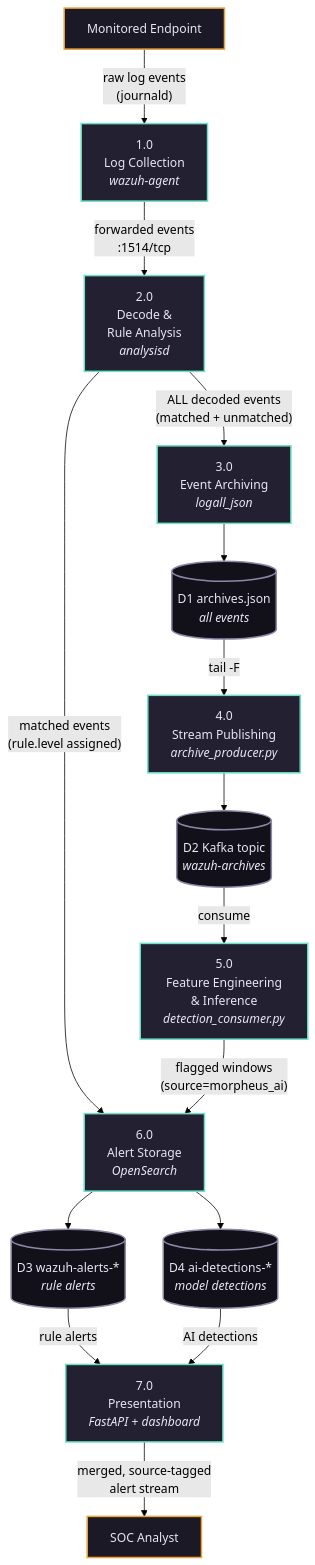
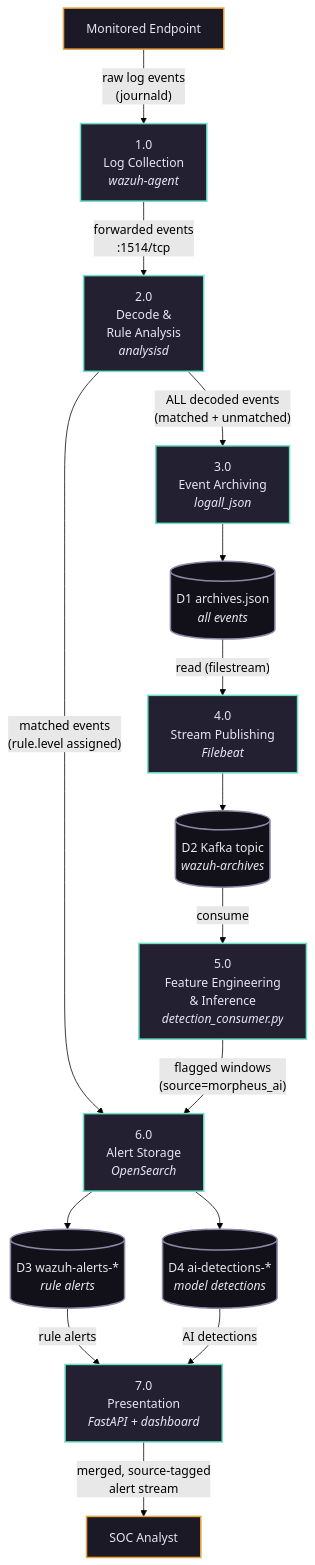
One commit to tecchuuu/ai-enhanced-xdr changed the second of 3 diagrams in docs/sad_diagrams_chapter3.md. Above: the diagram before and after it, drawn with Mermaid (forest theme). The commit also changed other lines of this file and 11 other files, not shown here.

First line of the commit message:
Ship Wazuh events to Kafka with Filebeat instead of the Python producer

````diff
--- a/docs/sad_diagrams_chapter3.md
+++ b/docs/sad_diagrams_chapter3.md
@@ -49,45 +49,45 @@
 ```mermaid
 flowchart TD
     EP["Monitored Endpoint"]
     AN["SOC Analyst"]
 
     P1["1.0<br/>Log Collection<br/><i>wazuh-agent</i>"]
     P2["2.0<br/>Decode &<br/>Rule Analysis<br/><i>analysisd</i>"]
     P3["3.0<br/>Event Archiving<br/><i>logall_json</i>"]
-    P4["4.0<br/>Stream Publishing<br/><i>archive_producer.py</i>"]
+    P4["4.0<br/>Stream Publishing<br/><i>Filebeat</i>"]
     P5["5.0<br/>Feature Engineering<br/>& Inference<br/><i>detection_consumer.py</i>"]
     P6["6.0<br/>Alert Storage<br/><i>OpenSearch</i>"]
     P7["7.0<br/>Presentation<br/><i>FastAPI + dashboard</i>"]
 
     D1[("D1 archives.json<br/><i>all events</i>")]
     D2[("D2 Kafka topic<br/><i>wazuh-archives</i>")]
     D3[("D3 wazuh-alerts-*<br/><i>rule alerts</i>")]
     D4[("D4 ai-detections-*<br/><i>model detections</i>")]
 
     EP -->|"raw log events<br/>(journald)"| P1
     P1 -->|"forwarded events<br/>:1514/tcp"| P2
 
     P2 -->|"matched events<br/>(rule.level assigned)"| P6
     P2 -->|"ALL decoded events<br/>(matched + unmatched)"| P3
 
     P3 --> D1
-    D1 -->|"tail -F"| P4
+    D1 -->|"read (filestream)"| P4
     P4 --> D2
     D2 -->|"consume"| P5
 
     P5 -->|"flagged windows<br/>(source=morpheus_ai)"| P6
 
     P6 --> D3
     P6 --> D4
     D3 -->|"rule alerts"| P7
     D4 -->|"AI detections"| P7
 
     P7 -->|"merged, source-tagged<br/>alert stream"| AN
 
     classDef ext fill:#1B1926,stroke:#E8A33D,stroke-width:2px,color:#E8E5F2
     classDef proc fill:#232032,stroke:#6BE1C4,stroke-width:2px,color:#E8E5F2
     classDef store fill:#12111A,stroke:#8E88A6,stroke-width:2px,color:#E8E5F2
     class EP,AN ext
     class P1,P2,P3,P4,P5,P6,P7 proc
     class D1,D2,D3,D4 store
 ```
````
